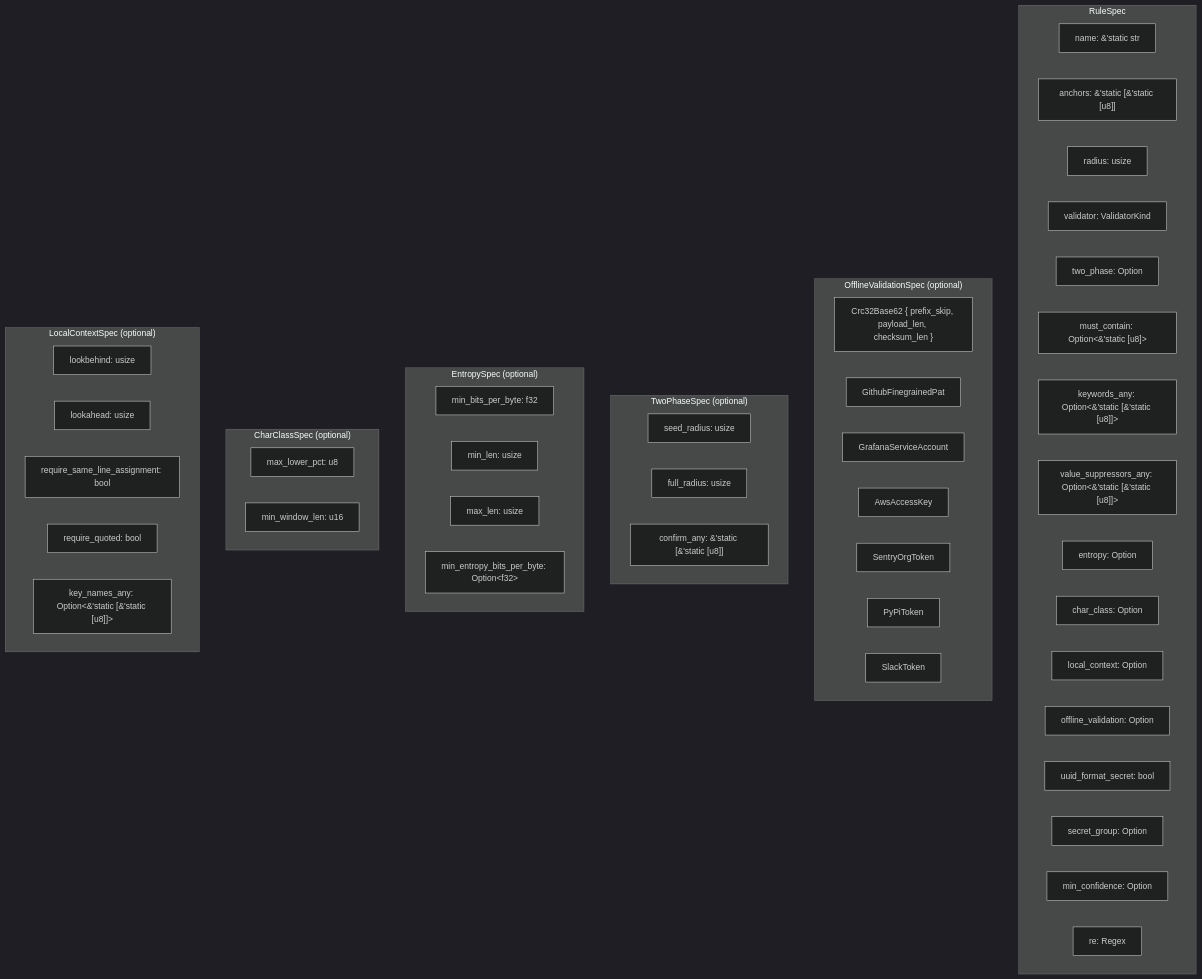
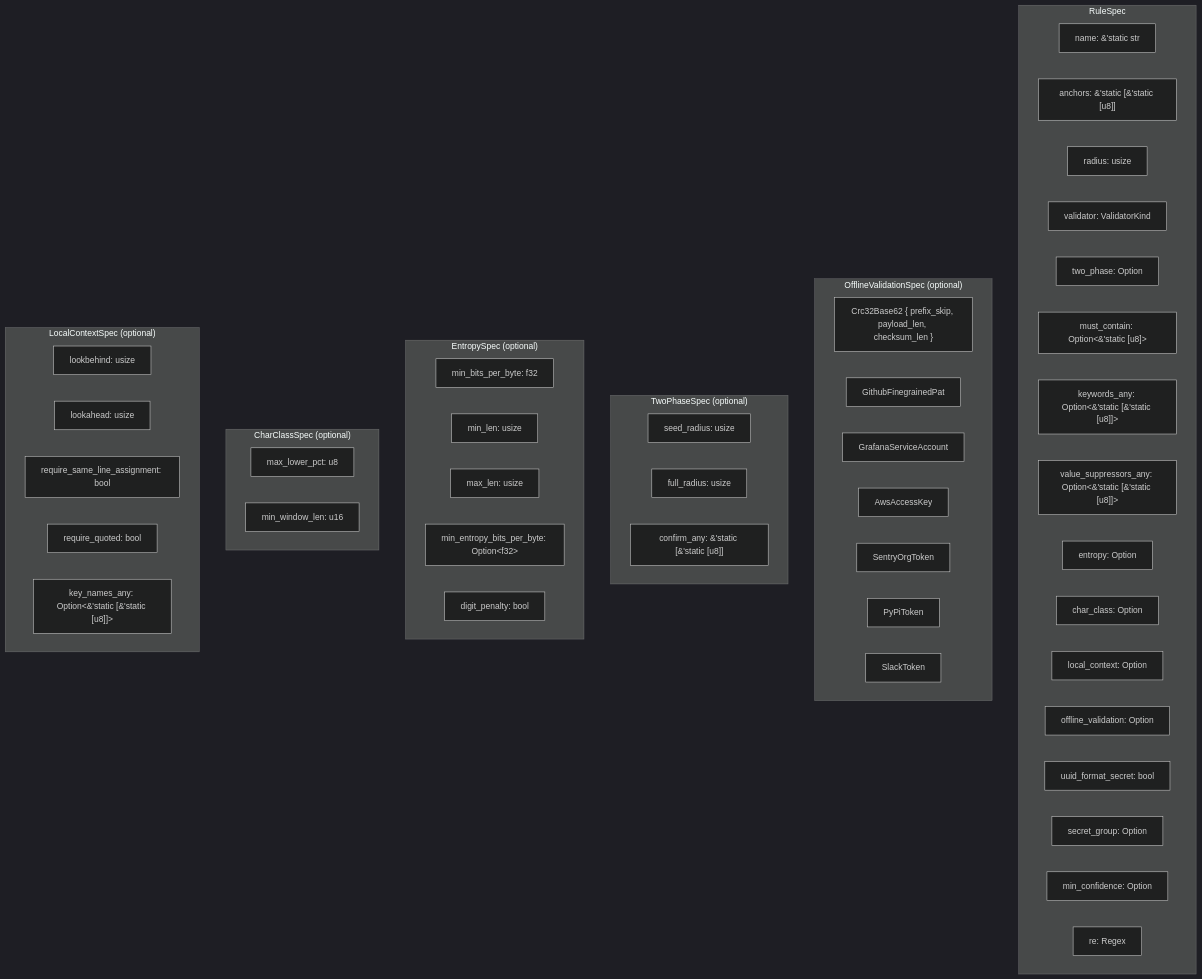
Before and after one commit to ahrav/scratch-scanner-rs: the second of 4 diagrams in docs/detection-rules.md, drawn with Mermaid (dark theme). The commit also changed other lines of this file and 14 other files, not shown here.

First line of the commit message:
Add digit-only penalty to entropy gate for hex rules

````diff
--- a/docs/detection-rules.md
+++ b/docs/detection-rules.md
@@ -137,57 +137,58 @@
 ```mermaid
 graph TB
     subgraph RuleSpec["RuleSpec"]
         Name["name: &'static str"]
         Anchors["anchors: &'static [&'static [u8]]"]
         Radius["radius: usize"]
         Validator["validator: ValidatorKind"]
         TwoPhase["two_phase: Option<TwoPhaseSpec>"]
         MustContain["must_contain: Option<&'static [u8]>"]
         KeywordsAny["keywords_any: Option<&'static [&'static [u8]]>"]
         ValueSuppressorsAny["value_suppressors_any: Option<&'static [&'static [u8]]>"]
         Entropy["entropy: Option<EntropySpec>"]
         CharClass["char_class: Option<CharClassSpec>"]
         LocalContext["local_context: Option<LocalContextSpec>"]
         OfflineValidation["offline_validation: Option<OfflineValidationSpec>"]
         UuidFormatSecret["uuid_format_secret: bool"]
         SecretGroup["secret_group: Option<u16>"]
         MinConfidence["min_confidence: Option<i8>"]
         Regex["re: Regex"]
     end
 
     subgraph OfflineValidationSpec["OfflineValidationSpec (optional)"]
         OvCrc32["Crc32Base62 { prefix_skip, payload_len, checksum_len }"]
         OvGhPat["GithubFinegrainedPat"]
         OvGrafana["GrafanaServiceAccount"]
         OvAws["AwsAccessKey"]
         OvSentry["SentryOrgToken"]
         OvPyPi["PyPiToken"]
         OvSlack["SlackToken"]
     end
 
     subgraph TwoPhaseSpec["TwoPhaseSpec (optional)"]
         SeedRadius["seed_radius: usize"]
         FullRadius["full_radius: usize"]
         ConfirmAny["confirm_any: &'static [&'static [u8]]"]
     end
 
     subgraph EntropySpec["EntropySpec (optional)"]
         MinBpb["min_bits_per_byte: f32"]
         MinLen["min_len: usize"]
         MaxLen["max_len: usize"]
         MinEntropyBpb["min_entropy_bits_per_byte: Option&lt;f32&gt;"]
+        DigitPenalty["digit_penalty: bool"]
     end
 
     subgraph CharClassSpec["CharClassSpec (optional)"]
         MaxLowerPct["max_lower_pct: u8"]
         MinWindowLen["min_window_len: u16"]
     end
 
     subgraph LocalContextSpec["LocalContextSpec (optional)"]
         Lookbehind["lookbehind: usize"]
         Lookahead["lookahead: usize"]
         SameLine["require_same_line_assignment: bool"]
         Quoted["require_quoted: bool"]
         KeyNames["key_names_any: Option<&'static [&'static [u8]]>"]
     end
 ```
````
